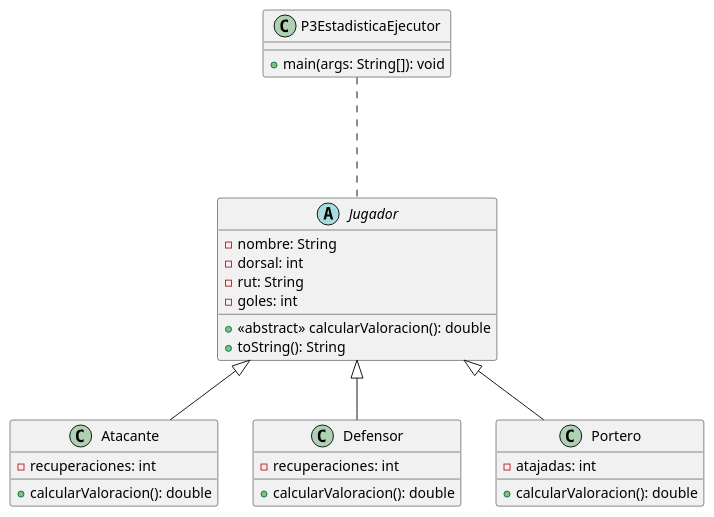
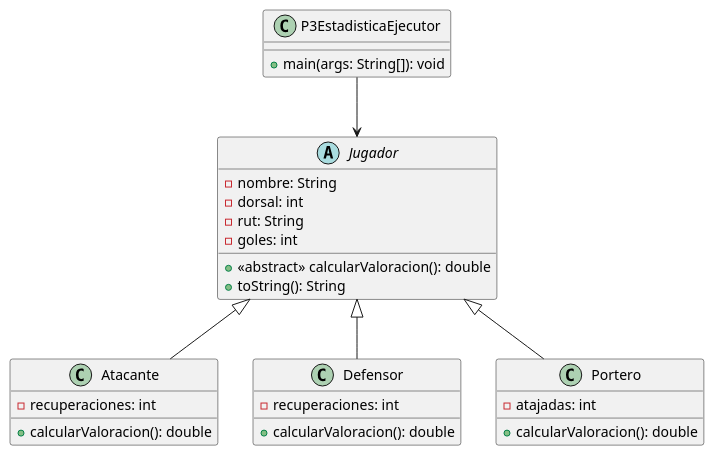
Before and after one commit to POO-B-AA25/apeb2-taller8-g2: the diagram in Modelos_UML/proplem3.puml, drawn with PlantUML. The commit also changed 7 other files, not shown here.

```diff
--- a/Modelos_UML/proplem3.puml
+++ b/Modelos_UML/proplem3.puml
@@ -1,34 +1,34 @@
 @startuml
 abstract class Jugador {
     - nombre: String
     - dorsal: int
     - rut: String
     - goles: int
     + <<abstract>> calcularValoracion(): double
     + toString(): String
 }
 
 class Atacante {
     - recuperaciones: int
     + calcularValoracion(): double
 }
 
 class Defensor {
     - recuperaciones: int
     + calcularValoracion(): double
 }
 
 class Portero {
     - atajadas: int
     + calcularValoracion(): double
 }
 
 class P3EstadisticaEjecutor {
     + main(args: String[]): void
 }
 
 Jugador <|-- Atacante
 Jugador <|-- Defensor
 Jugador <|-- Portero
-P3EstadisticaEjecutor ... Jugador
+P3EstadisticaEjecutor --> Jugador
 @enduml
```
